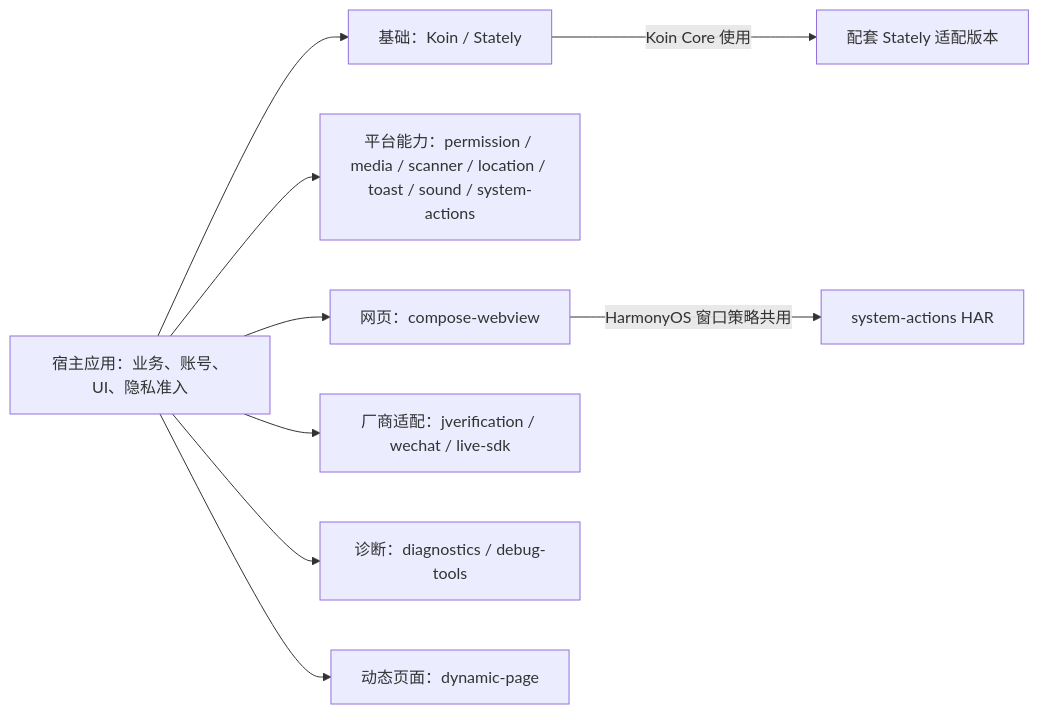
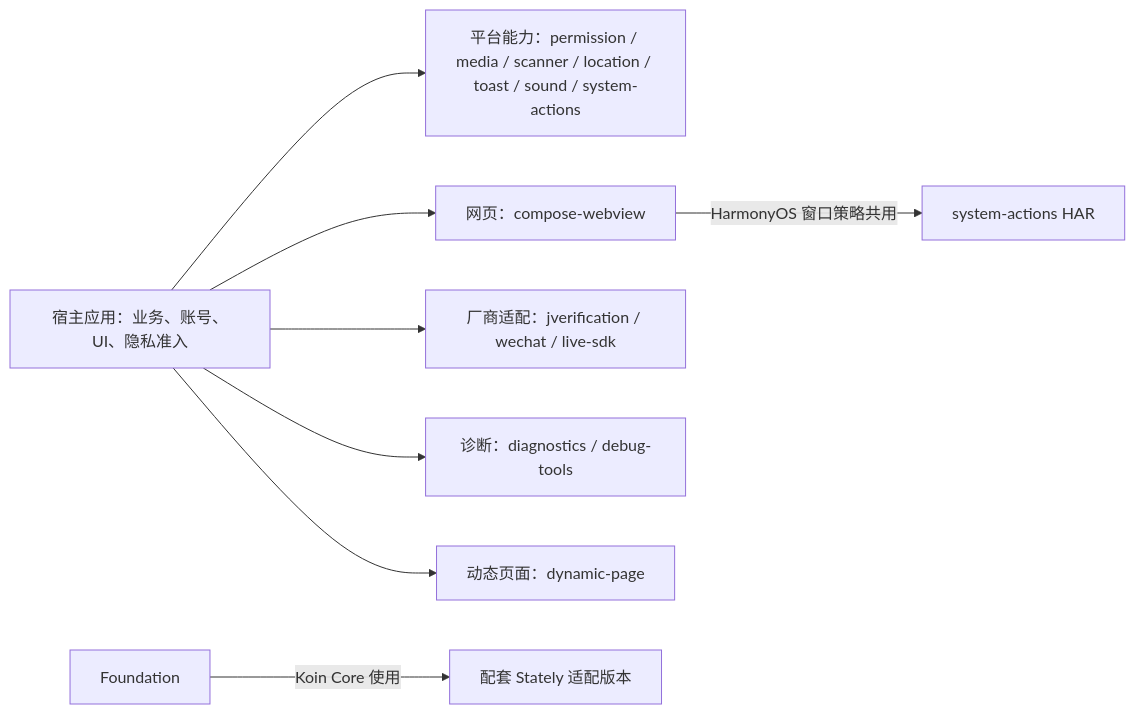
Before and after one commit to gycrosskit/.github: the first of 2 diagrams in profile/README.md, drawn with Mermaid. The commit also changed other lines of this file and 8 other files, not shown here.

````diff
--- a/profile/README.md
+++ b/profile/README.md
@@ -17,11 +17,10 @@
 ```mermaid
 flowchart LR
-    App["宿主应用：业务、账号、UI、隐私准入"] --> Foundation["基础：Koin / Stately"]
-    App --> Platform["平台能力：permission / media / scanner / location / toast / sound / system-actions"]
+    App["宿主应用：业务、账号、UI、隐私准入"] --> Platform["平台能力：permission / media / scanner / location / toast / sound / system-actions"]
     App --> Web["网页：compose-webview"]
     App --> Vendor["厂商适配：jverification / wechat / live-sdk"]
     App --> Diagnostics["诊断：diagnostics / debug-tools"]
     App --> Dynamic["动态页面：dynamic-page"]
     Web -->|"HarmonyOS 窗口策略共用"| Window["system-actions HAR"]
     Foundation -->|"Koin Core 使用"| Stately["配套 Stately 适配版本"]
 ```
````
